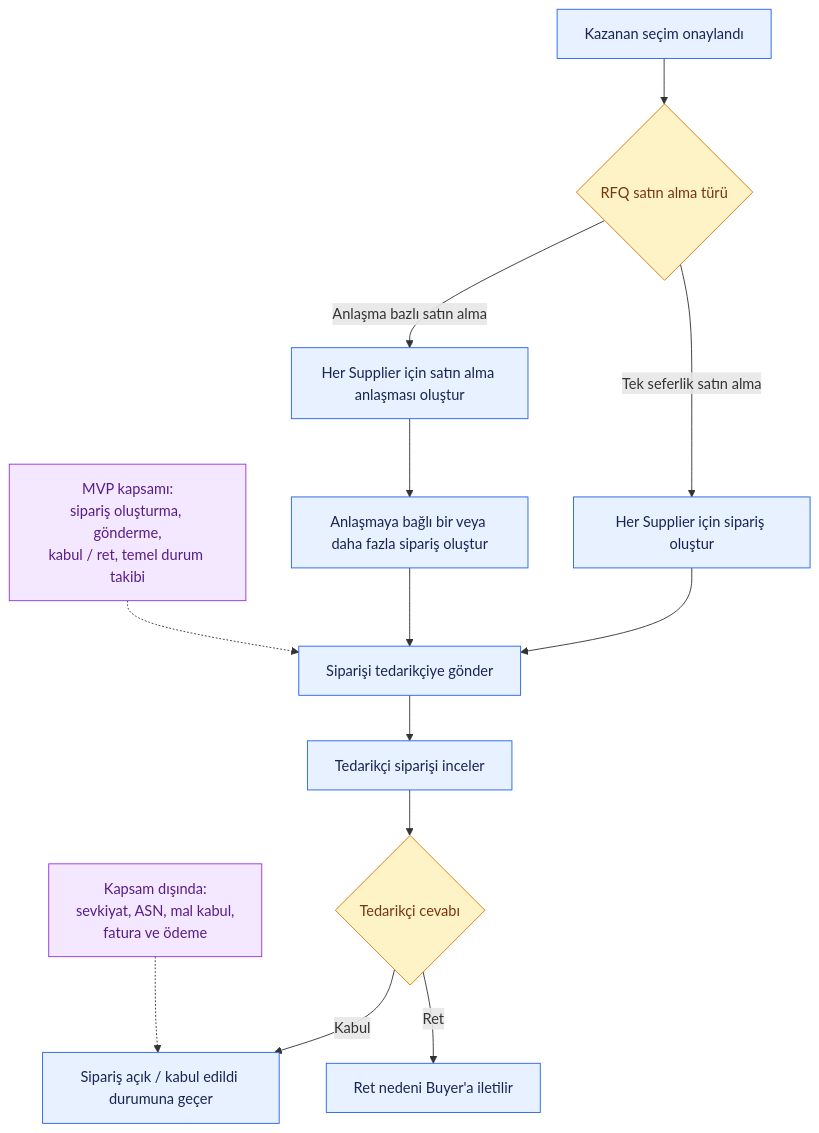
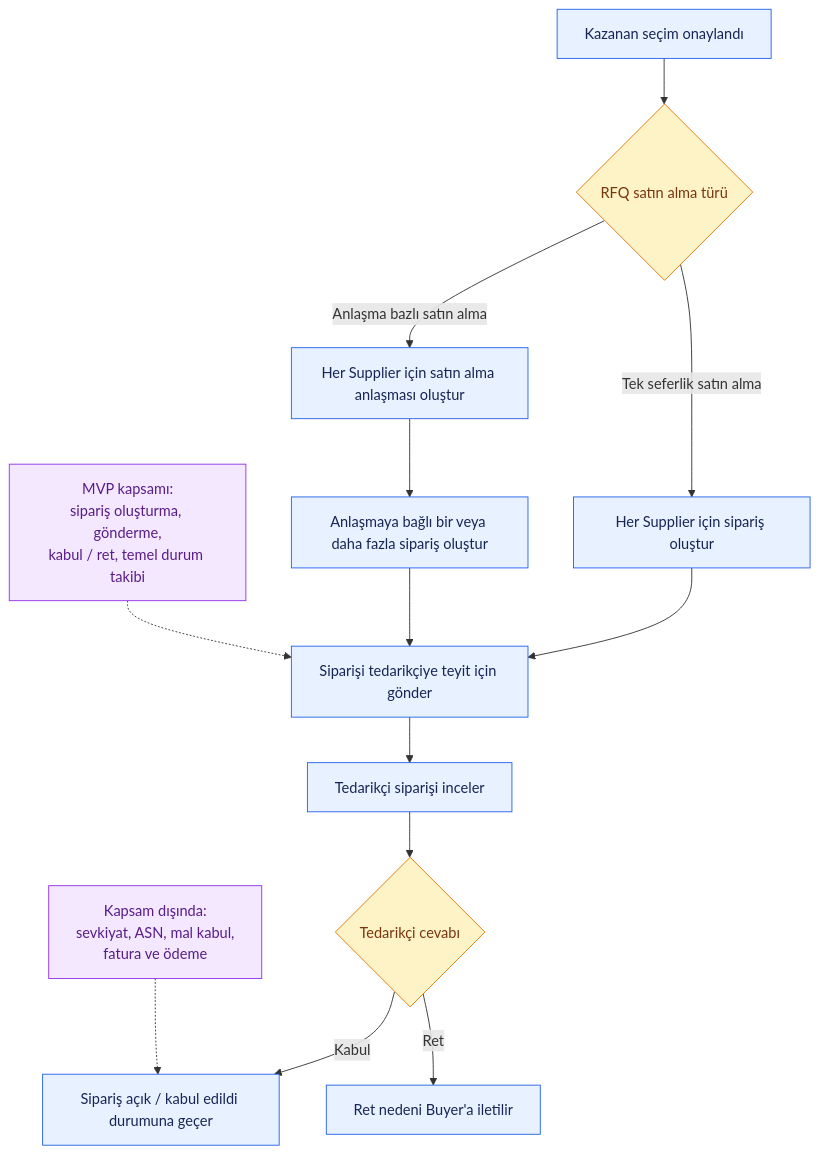
Before and after one commit to Cemalll/SupplierPortal: the diagram in docs/flowcharts/07_anlasma_veya_siparis.mmd, drawn with Mermaid.

```diff
--- a/docs/flowcharts/07_anlasma_veya_siparis.mmd
+++ b/docs/flowcharts/07_anlasma_veya_siparis.mmd
@@ -1,25 +1,25 @@
 flowchart TD
     A[Kazanan seçim onaylandı] --> B{RFQ satın alma türü}
 
     B -->|Tek seferlik satın alma| C[Her Supplier için sipariş oluştur]
     B -->|Anlaşma bazlı satın alma| D[Her Supplier için satın alma anlaşması oluştur]
     D --> E[Anlaşmaya bağlı bir veya daha fazla sipariş oluştur]
 
-    C --> F[Siparişi tedarikçiye gönder]
+    C --> F[Siparişi tedarikçiye teyit için gönder]
     E --> F
     F --> G[Tedarikçi siparişi inceler]
     G --> H{Tedarikçi cevabı}
     H -->|Kabul| I[Sipariş açık / kabul edildi durumuna geçer]
     H -->|Ret| J[Ret nedeni Buyer'a iletilir]
 
     K[MVP kapsamı:<br/>sipariş oluşturma, gönderme,<br/>kabul / ret, temel durum takibi]
     L[Kapsam dışında:<br/>sevkiyat, ASN, mal kabul,<br/>fatura ve ödeme]
     K -.-> F
     L -.-> I
 
     classDef process fill:#E8F1FF,stroke:#2563EB,color:#172554
     classDef decision fill:#FEF3C7,stroke:#D97706,color:#78350F
     classDef note fill:#F3E8FF,stroke:#9333EA,color:#581C87
     class A,C,D,E,F,G,I,J process
     class B,H decision
     class K,L note
```
